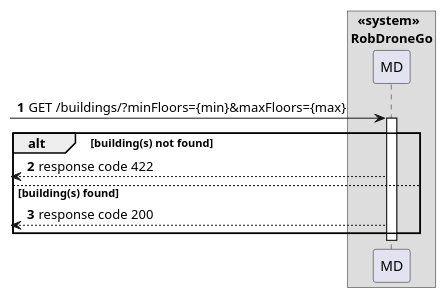
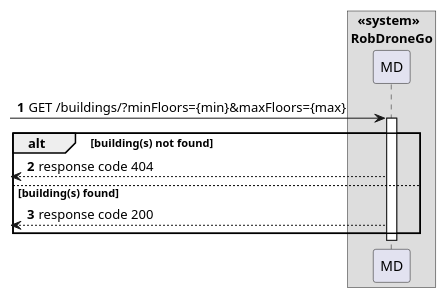
One commit to Departamento-de-Engenharia-Informatica/lapr5-23-24-g19 changed the diagram in docs/us180/level2/process-view.puml. Above: the diagram before and after it, drawn with PlantUML.

Commit message:
docs(us180): changed error code in level2 process view

```diff
--- a/docs/us180/level2/process-view.puml
+++ b/docs/us180/level2/process-view.puml
@@ -1,17 +1,17 @@
 @startuml
 autonumber
 
 box "  <<system>>\nRobDroneGo"
 participant "MD" as mdr
 
 [-> mdr: GET /buildings/?minFloors={min}&maxFloors={max}
 
 activate mdr
     alt building(s) not found
-        [<-- mdr : response code 422
+        [<-- mdr : response code 404
     else building(s) found
         [<--mdr : response code 200
     end
 deactivate mdr
 
 @enduml
```
